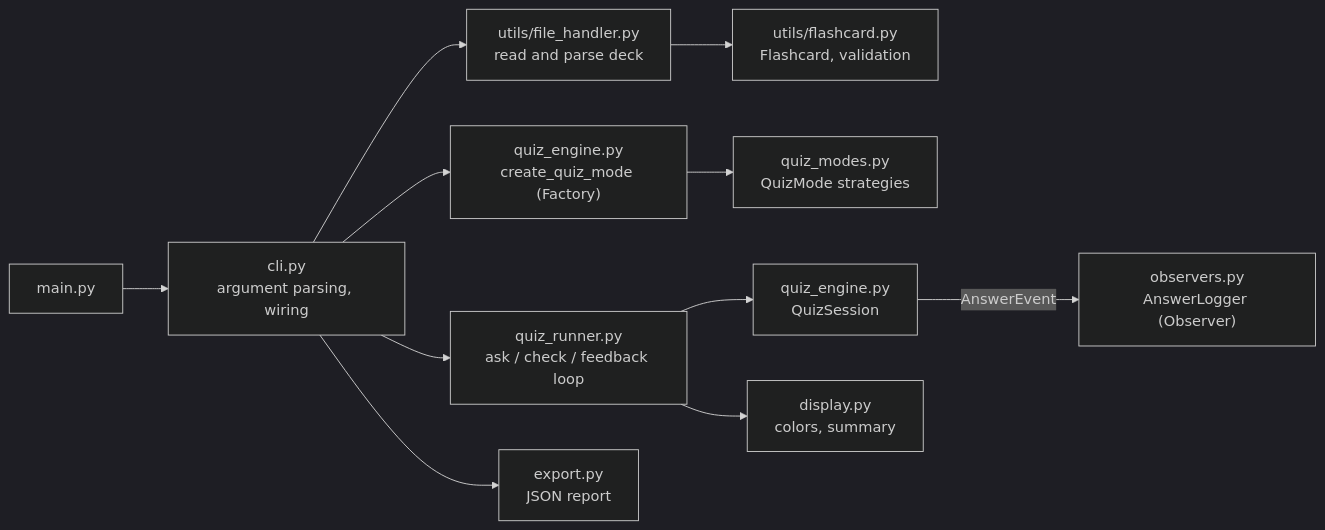
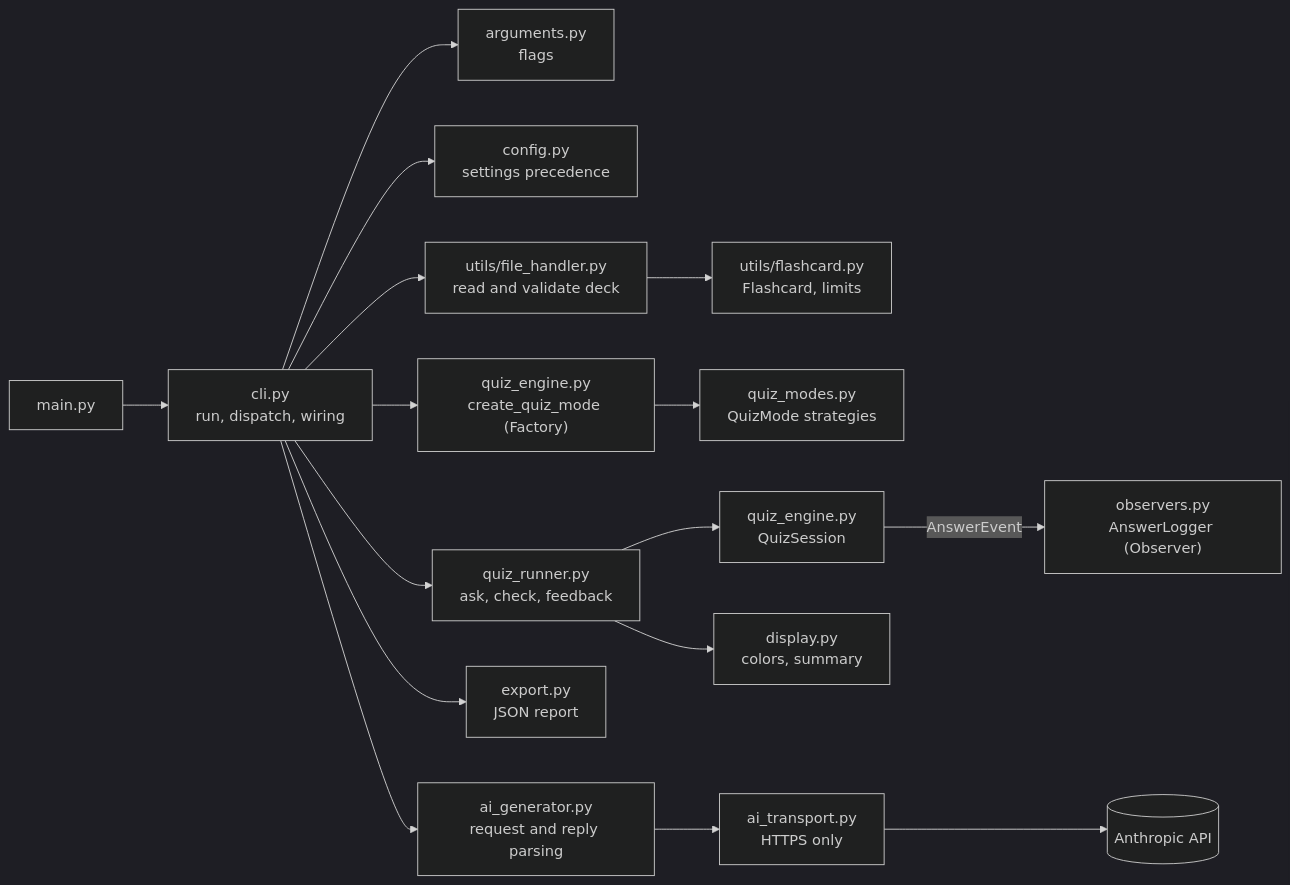
Before and after one commit to dipanjan-acn/ud-ainse-assignment: the first of 4 diagrams in README.md, drawn with Mermaid (dark theme). The commit also changed other lines of this file and 18 other files, not shown here.

First line of the commit message:
Add config file, AI deck generation, input limits, and HTTPS-only transport

````diff
--- a/README.md
+++ b/README.md
@@ -69,13 +129,18 @@
 ```mermaid
 flowchart LR
-    main["main.py"] --> cli["cli.py<br/>argument parsing, wiring"]
-    cli --> loader["utils/file_handler.py<br/>read and parse deck"]
-    loader --> model["utils/flashcard.py<br/>Flashcard, validation"]
+    main["main.py"] --> cli["cli.py<br/>run, dispatch, wiring"]
+    cli --> arguments["arguments.py<br/>flags"]
+    cli --> config["config.py<br/>settings precedence"]
+    cli --> loader["utils/file_handler.py<br/>read and validate deck"]
+    loader --> model["utils/flashcard.py<br/>Flashcard, limits"]
     cli --> factory["quiz_engine.py<br/>create_quiz_mode (Factory)"]
     factory --> modes["quiz_modes.py<br/>QuizMode strategies"]
-    cli --> runner["quiz_runner.py<br/>ask / check / feedback loop"]
+    cli --> runner["quiz_runner.py<br/>ask, check, feedback"]
     runner --> session["quiz_engine.py<br/>QuizSession"]
     session -->|"AnswerEvent"| observers["observers.py<br/>AnswerLogger (Observer)"]
     cli --> export["export.py<br/>JSON report"]
     runner --> display["display.py<br/>colors, summary"]
+    cli --> generator["ai_generator.py<br/>request and reply parsing"]
+    generator --> transport["ai_transport.py<br/>HTTPS only"]
+    transport --> service[("Anthropic API")]
 ```
````
